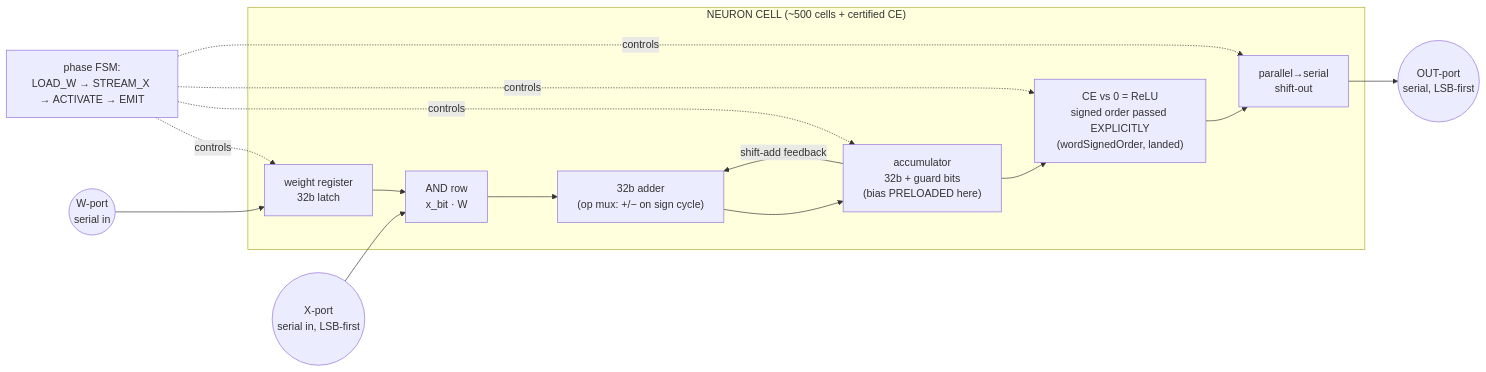
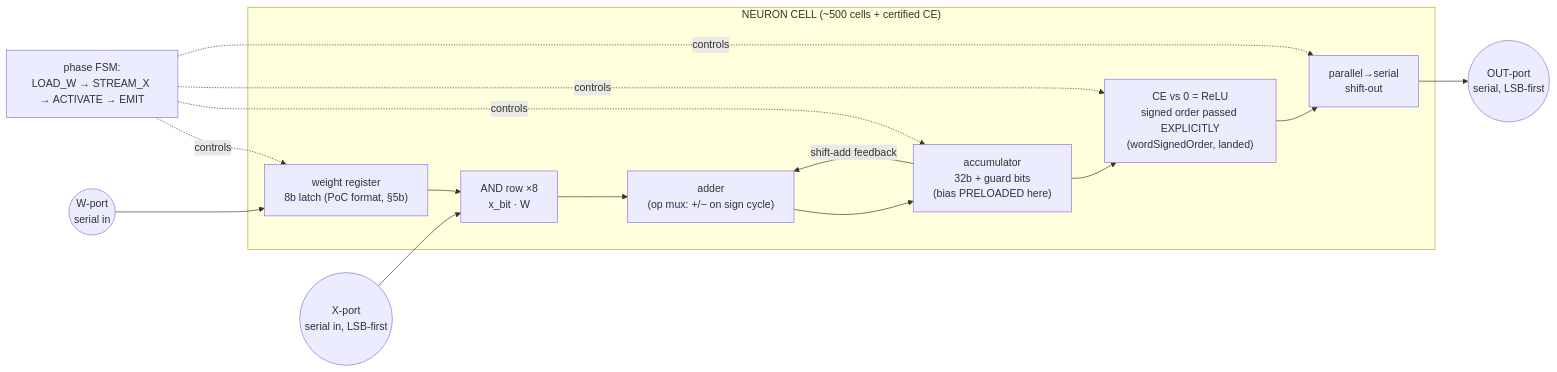
One commit to jyh/saltworks changed the first of 2 diagrams in docs/neural-fabric-poc-design-v1.md. Above: the diagram before and after it, drawn with Mermaid. The commit also changed 1 other file, not shown here.

Commit message:
saltworks: PoC cell diagram — 8-bit weight format (silicon's spec-contradiction catch; the 32b latch was v1.0 residue, prose ruled)

````diff
--- a/docs/neural-fabric-poc-design-v1.md
+++ b/docs/neural-fabric-poc-design-v1.md
@@ -25,17 +25,17 @@
 ```mermaid
 flowchart LR
   subgraph CELL["NEURON CELL (~500 cells + certified CE)"]
-    WREG["weight register<br/>32b latch"]
-    AND["AND row<br/>x_bit · W"]
-    ADD["32b adder<br/>(op mux: +/− on sign cycle)"]
+    WREG["weight register<br/>8b latch (PoC format, §5b)"]
+    AND["AND row ×8<br/>x_bit · W"]
+    ADD["adder<br/>(op mux: +/− on sign cycle)"]
     ACC["accumulator<br/>32b + guard bits<br/>(bias PRELOADED here)"]
     CE["CE vs 0 = ReLU<br/>signed order passed EXPLICITLY<br/>(wordSignedOrder, landed)"]
     SER["parallel→serial<br/>shift-out"]
   end
   WP(("W-port<br/>serial in")) --> WREG
   XP(("X-port<br/>serial in, LSB-first")) --> AND
   WREG --> AND --> ADD --> ACC
   ACC -->|shift-add feedback| ADD
   ACC --> CE --> SER --> OP(("OUT-port<br/>serial, LSB-first"))
   FSM["phase FSM:<br/>LOAD_W → STREAM_X → ACTIVATE → EMIT"] -.controls.-> WREG & ACC & CE & SER
 ```
````
